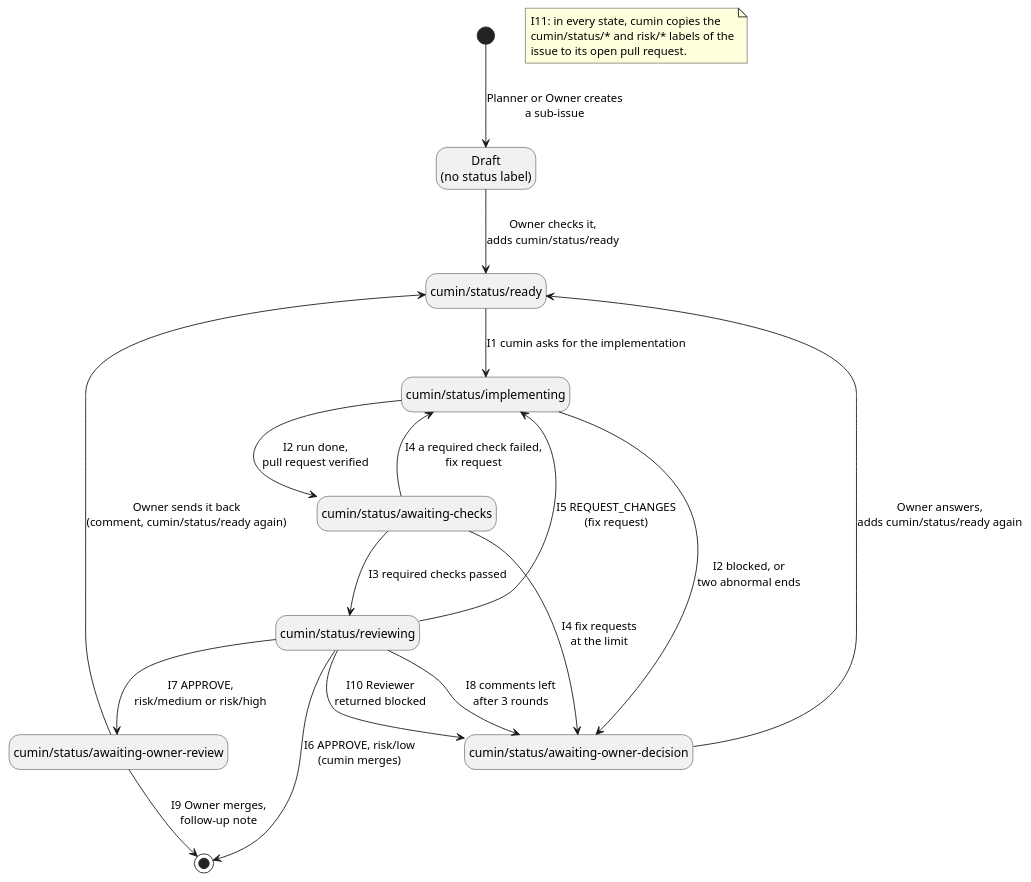
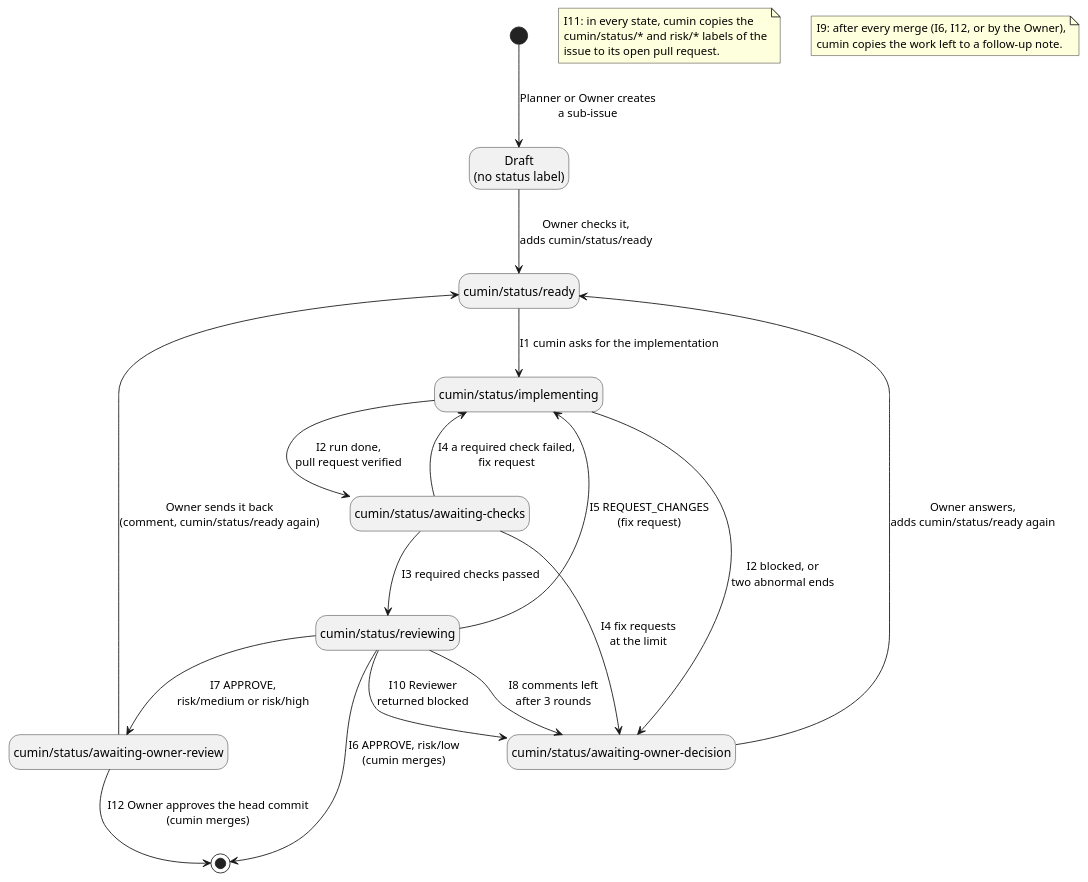
Before and after one commit to cloveclovedev/cumin-works: the diagram in docs/ja/requirements/workflow/implementation-issue-states.puml, drawn with PlantUML. The commit also changed 5 other files, not shown here.

First line of the commit message:
docs(requirements): define the Owner and add the merge after the Owner's approval (I12) (#291)

```diff
--- a/docs/ja/requirements/workflow/implementation-issue-states.puml
+++ b/docs/ja/requirements/workflow/implementation-issue-states.puml
@@ -1,35 +1,36 @@
 @startuml implementation-issue-states
 ' cumin works - states of an implementation issue.
-' A state is a label on GitHub. Each arrow names one row of issue-states.md (I1 to I10); I11 is a note.
+' A state is a label on GitHub. Each arrow names one row of issue-states.md (I1 to I12); I9 and I11 are notes.
 ' Render: run scripts/render-diagrams.sh at the root of the repository.
 
 hide empty description
 
 state "Draft\n(no status label)" as Draft
 state "cumin/status/ready" as Ready
 state "cumin/status/implementing" as Implementing
 state "cumin/status/awaiting-checks" as Checks
 state "cumin/status/reviewing" as Reviewing
 state "cumin/status/awaiting-owner-review" as OwnerReview
 state "cumin/status/awaiting-owner-decision" as Decision
 
 [*] --> Draft : Planner or Owner creates\na sub-issue
 Draft --> Ready : Owner checks it,\nadds cumin/status/ready
 Ready --> Implementing : I1 cumin asks for the implementation
 Implementing --> Checks : I2 run done,\npull request verified
 Implementing --> Decision : I2 blocked, or\ntwo abnormal ends
 Checks --> Reviewing : I3 required checks passed
 Checks --> Implementing : I4 a required check failed,\nfix request
 Checks --> Decision : I4 fix requests\nat the limit
 Reviewing --> Implementing : I5 REQUEST_CHANGES\n(fix request)
 Reviewing --> [*] : I6 APPROVE, risk/low\n(cumin merges)
 Reviewing --> OwnerReview : I7 APPROVE,\nrisk/medium or risk/high
 Reviewing --> Decision : I8 comments left\nafter 3 rounds
 Reviewing --> Decision : I10 Reviewer\nreturned blocked
-OwnerReview --> [*] : I9 Owner merges,\nfollow-up note
+OwnerReview --> [*] : I12 Owner approves the head commit\n(cumin merges)
 OwnerReview --> Ready : Owner sends it back\n(comment, cumin/status/ready again)
 Decision --> Ready : Owner answers,\nadds cumin/status/ready again
 
 note "I11: in every state, cumin copies the\ncumin/status/* and risk/* labels of the\nissue to its open pull request." as I11
+note "I9: after every merge (I6, I12, or by the Owner),\ncumin copies the work left to a follow-up note." as I9
 
 @enduml
```
